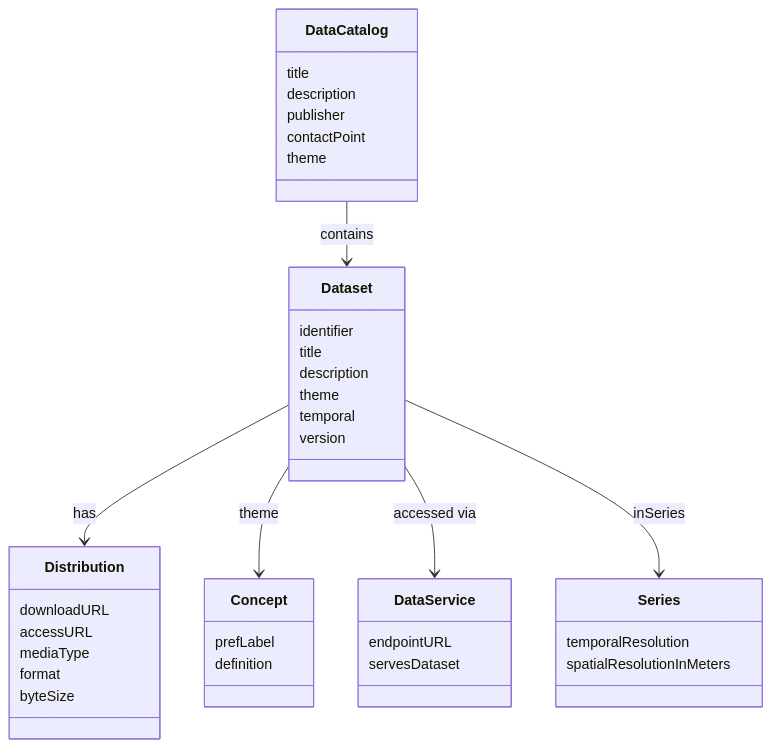
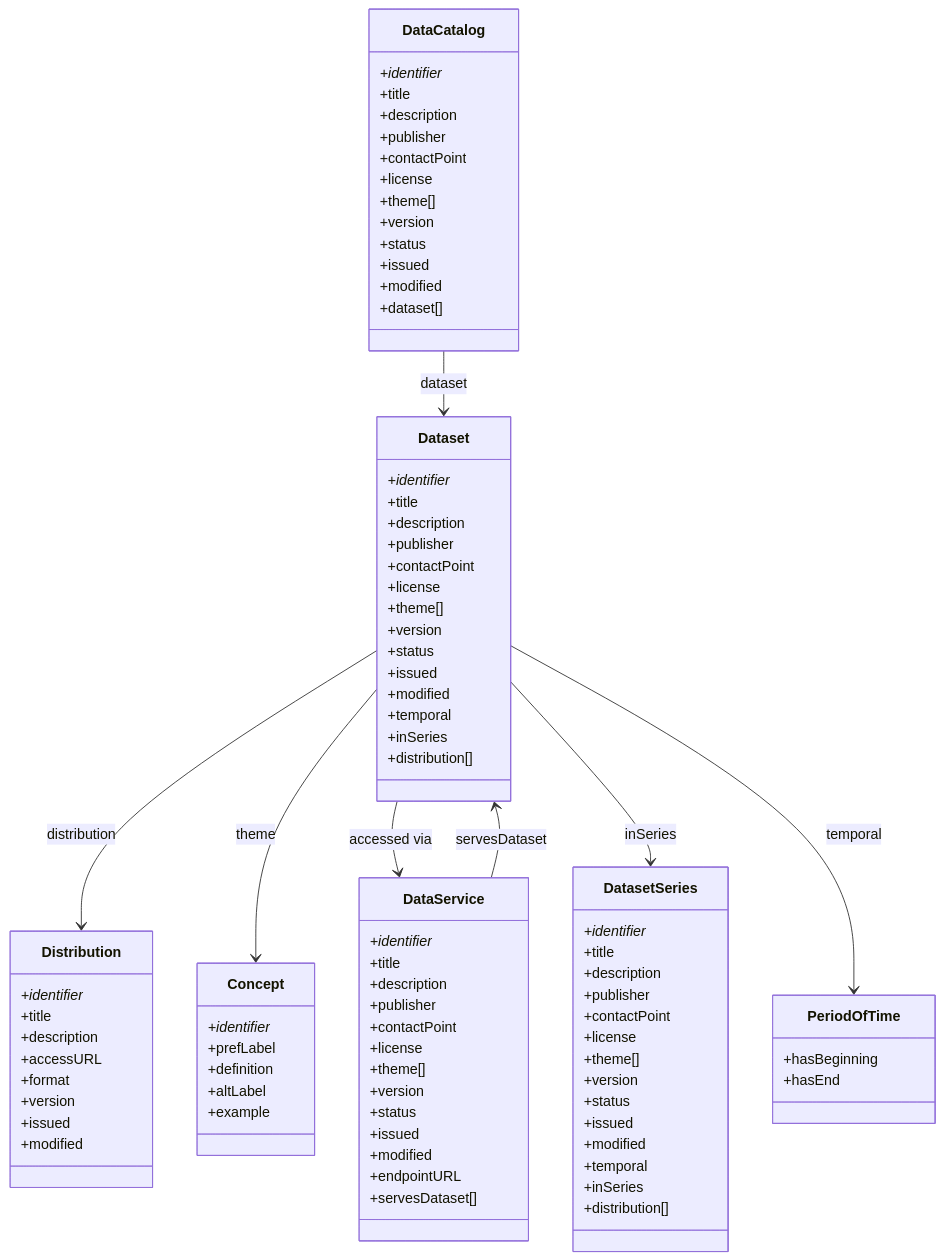
The diagram in modules/dcat/pages/dcat-intro.adoc (uuidea/simple_data_catalog_how-to), drawn with Mermaid before and after one commit. The commit also changed 5 other files, not shown here.

Commit message:
corrected diagram

```diff
--- a/modules/dcat/pages/dcat-intro.adoc
+++ b/modules/dcat/pages/dcat-intro.adoc
@@ -43,43 +43,99 @@
 ----
 classDiagram
     class DataCatalog {
-        title
-        description
-        publisher
-        contactPoint
-        theme
+        +identifier*
+        +title
+        +description
+        +publisher
+        +contactPoint
+        +license
+        +theme[]
+        +version
+        +status
+        +issued
+        +modified
+        +dataset[]
     }
+    
     class Dataset {
-        identifier
-        title
-        description
-        theme
-        temporal
-        version
+        +identifier*
+        +title
+        +description
+        +publisher
+        +contactPoint
+        +license
+        +theme[]
+        +version
+        +status
+        +issued
+        +modified
+        +temporal
+        +inSeries
+        +distribution[]
     }
+    
+    class DatasetSeries {
+        +identifier*
+        +title
+        +description
+        +publisher
+        +contactPoint
+        +license
+        +theme[]
+        +version
+        +status
+        +issued
+        +modified
+        +temporal
+        +inSeries
+        +distribution[]
+    }
+    
     class Distribution {
-        downloadURL
-        accessURL
-        mediaType
-        format
-        byteSize
+        +identifier*
+        +title
+        +description
+        +accessURL
+        +format
+        +version
+        +issued
+        +modified
     }
+    
     class DataService {
-        endpointURL
-        servesDataset
+        +identifier*
+        +title
+        +description
+        +publisher
+        +contactPoint
+        +license
+        +theme[]
+        +version
+        +status
+        +issued
+        +modified
+        +endpointURL
+        +servesDataset[]
     }
+    
     class Concept {
-        prefLabel
-        definition
+        +identifier*
+        +prefLabel
+        +definition
+        +altLabel
+        +example
     }
-    class Series {
-        temporalResolution
-        spatialResolutionInMeters
+    
+    class PeriodOfTime {
+        +hasBeginning
+        +hasEnd
     }
 
-    DataCatalog --> Dataset : contains
-    Dataset --> Distribution : has
+    DataCatalog --> Dataset : dataset
+    Dataset --> Distribution : distribution
     Dataset --> Concept : theme
     Dataset --> DataService : accessed via
-    Dataset --> Series : inSeries
+    Dataset --> DatasetSeries : inSeries
+    Dataset --> PeriodOfTime : temporal
+    DataService --> Dataset : servesDataset
 ----
```
